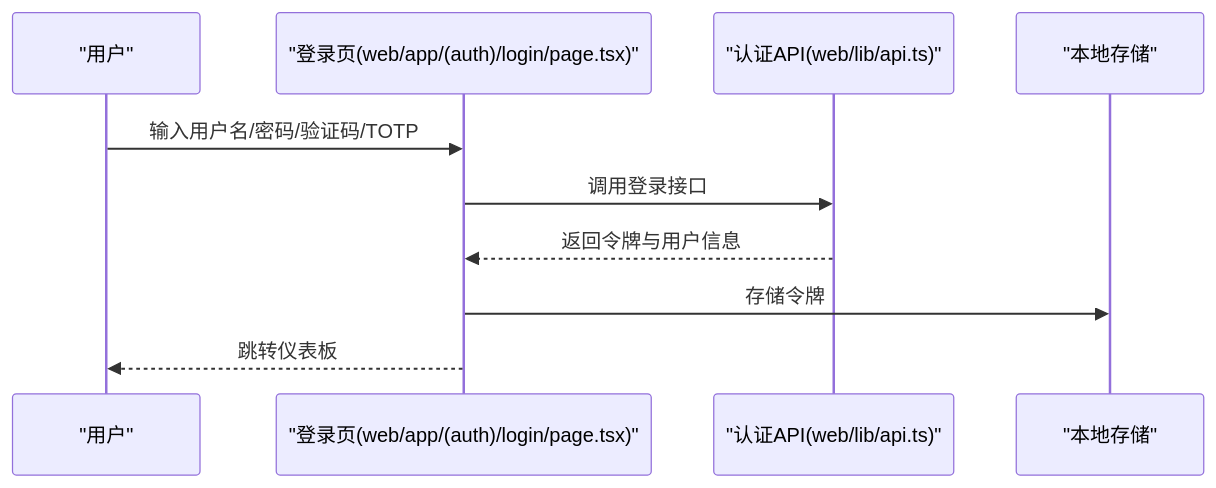
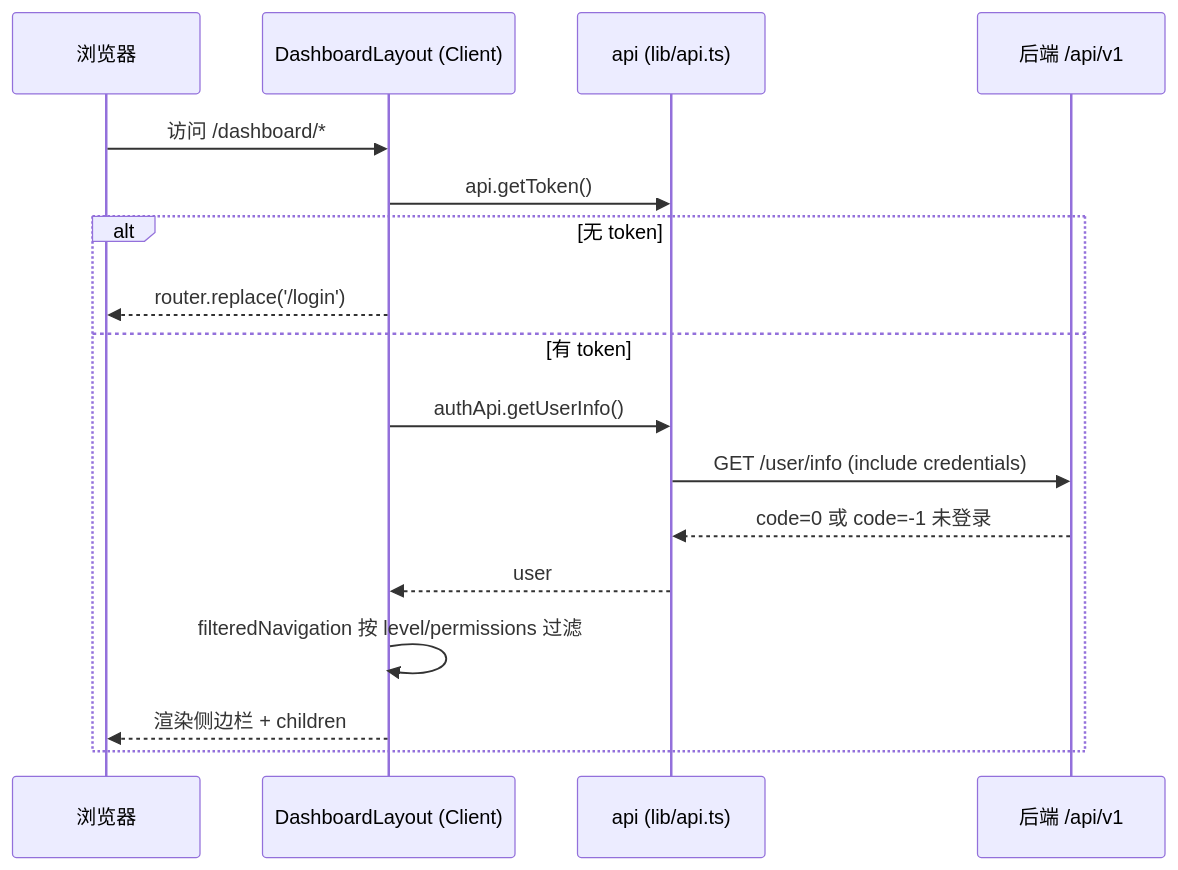
One commit to x01n/dnsplane changed the second of 6 diagrams in docs/前端开发指南/Next.js应用结构.md. Above: the diagram before and after it, drawn with Mermaid. The commit also changed other lines of this file and 326 other files, not shown here.

````diff
--- a/docs/前端开发指南/Next.js应用结构.md
+++ b/docs/前端开发指南/Next.js应用结构.md
@@ -172,12 +191,19 @@
 ```mermaid
 sequenceDiagram
-participant User as "用户"
-participant Login as "登录页(web/app/(auth)/login/page.tsx)"
-participant AuthAPI as "认证API(web/lib/api.ts)"
-participant Token as "本地存储"
-User->>Login : 输入用户名/密码/验证码/TOTP
-Login->>AuthAPI : 调用登录接口
-AuthAPI-->>Login : 返回令牌与用户信息
-Login->>Token : 存储令牌
-Login-->>User : 跳转仪表板
+  participant B as 浏览器
+  participant L as DashboardLayout (Client)
+  participant A as api (lib/api.ts)
+  participant S as 后端 /api/v1
+  B->>L : 访问 /dashboard/*
+  L->>A : api.getToken()
+  alt 无 token
+    L-->>B : router.replace('/login')
+  else 有 token
+    L->>A : authApi.getUserInfo()
+    A->>S : GET /user/info (include credentials)
+    S-->>A : code=0 或 code=-1 未登录
+    A-->>L : user
+    L->>L : filteredNavigation 按 level/permissions 过滤
+    L-->>B : 渲染侧边栏 + children
+  end
 ```
````
